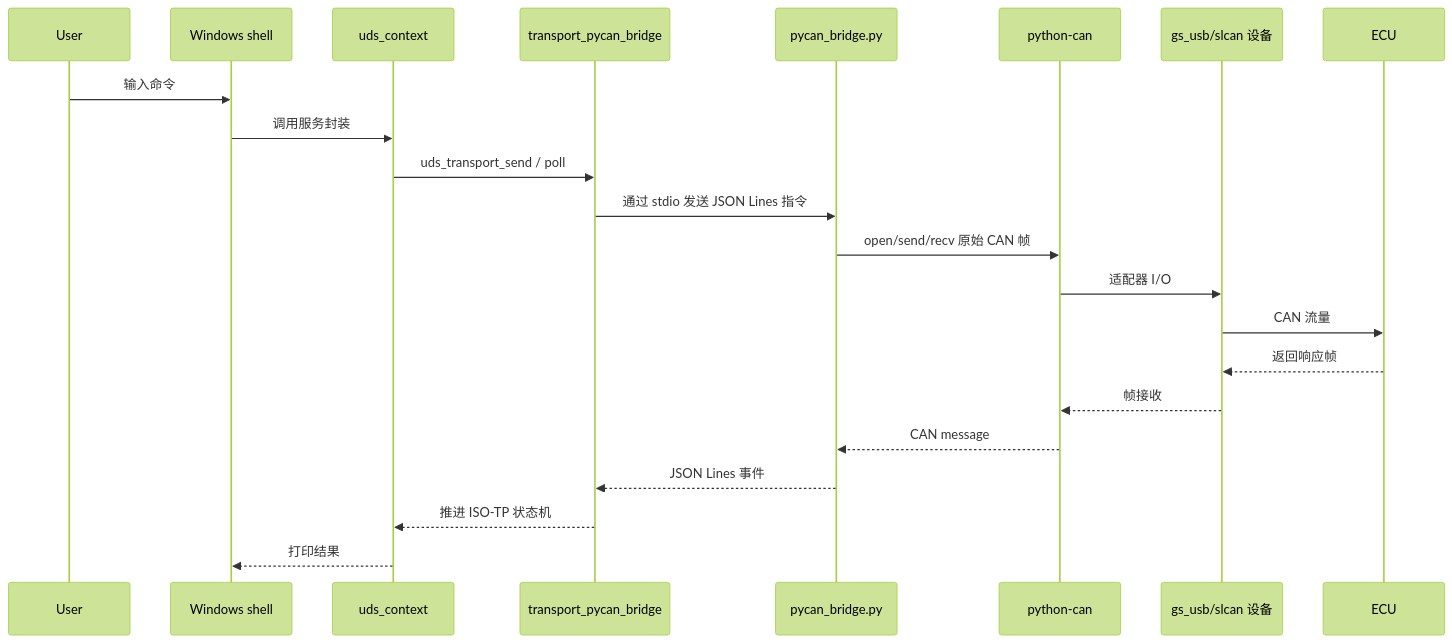
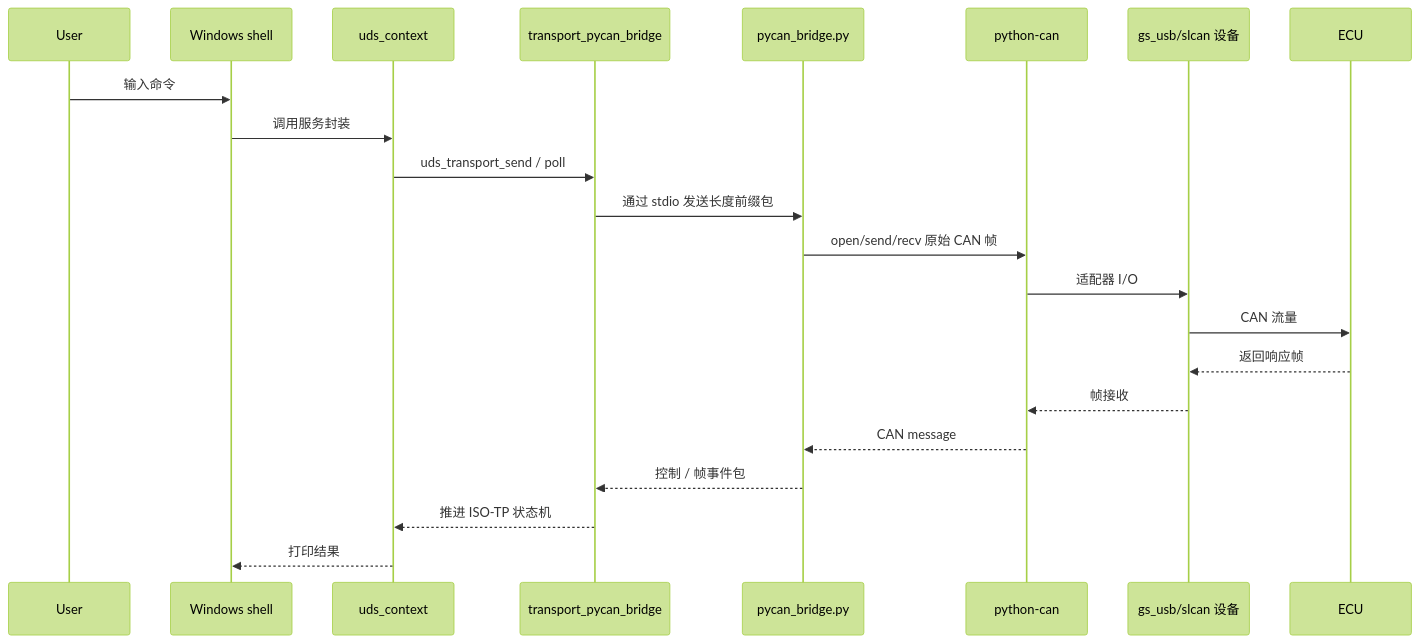
Before and after one commit to wdfk-prog/iso14229: the fourth of 5 diagrams in examples/rtt_server/docs/architecture.zh-CN.md, drawn with Mermaid (forest theme). The commit also changed other lines of this file and 10 other files, not shown here.

````diff
--- a/examples/rtt_server/docs/architecture.zh-CN.md
+++ b/examples/rtt_server/docs/architecture.zh-CN.md
@@ -107,25 +107,25 @@
 ```mermaid
 sequenceDiagram
     participant User
     participant Shell as Windows shell
     participant Client as uds_context
     participant TP as transport_pycan_bridge
     participant Bridge as pycan_bridge.py
     participant PyCan as python-can
     participant Adapter as gs_usb/slcan 设备
     participant ECU
 
     User->>Shell: 输入命令
     Shell->>Client: 调用服务封装
     Client->>TP: uds_transport_send / poll
-    TP->>Bridge: 通过 stdio 发送 JSON Lines 指令
+    TP->>Bridge: 通过 stdio 发送长度前缀包
     Bridge->>PyCan: open/send/recv 原始 CAN 帧
     PyCan->>Adapter: 适配器 I/O
     Adapter->>ECU: CAN 流量
     ECU-->>Adapter: 返回响应帧
     Adapter-->>PyCan: 帧接收
     PyCan-->>Bridge: CAN message
-    Bridge-->>TP: JSON Lines 事件
+    Bridge-->>TP: 控制 / 帧事件包
     TP-->>Client: 推进 ISO-TP 状态机
     Client-->>Shell: 打印结果
 ```
````
